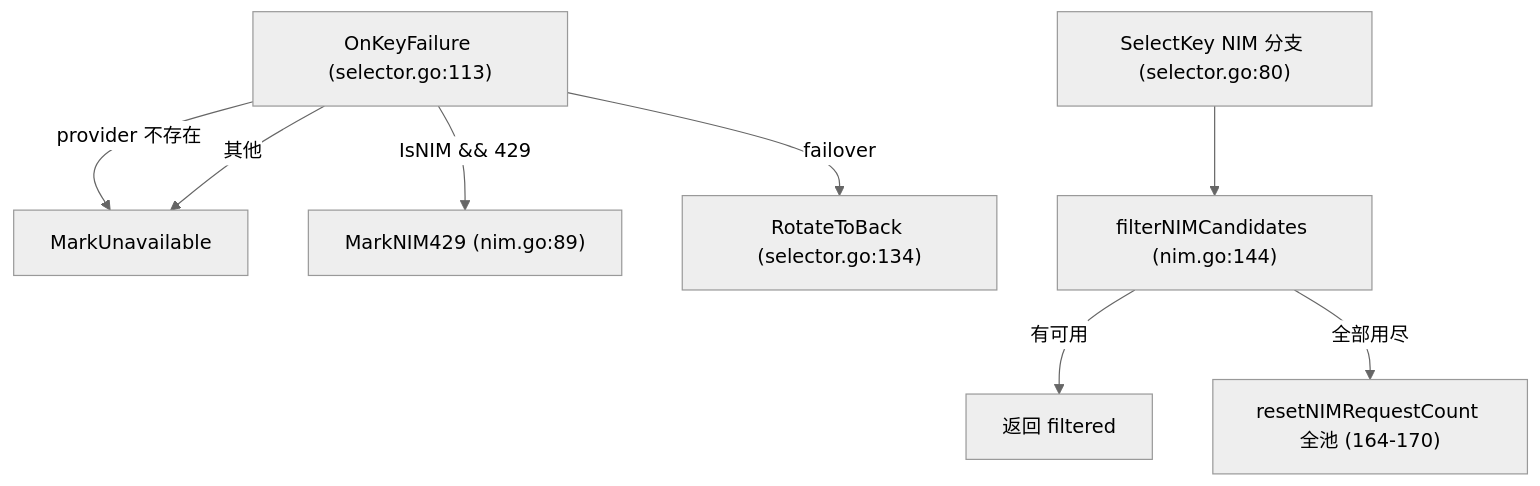
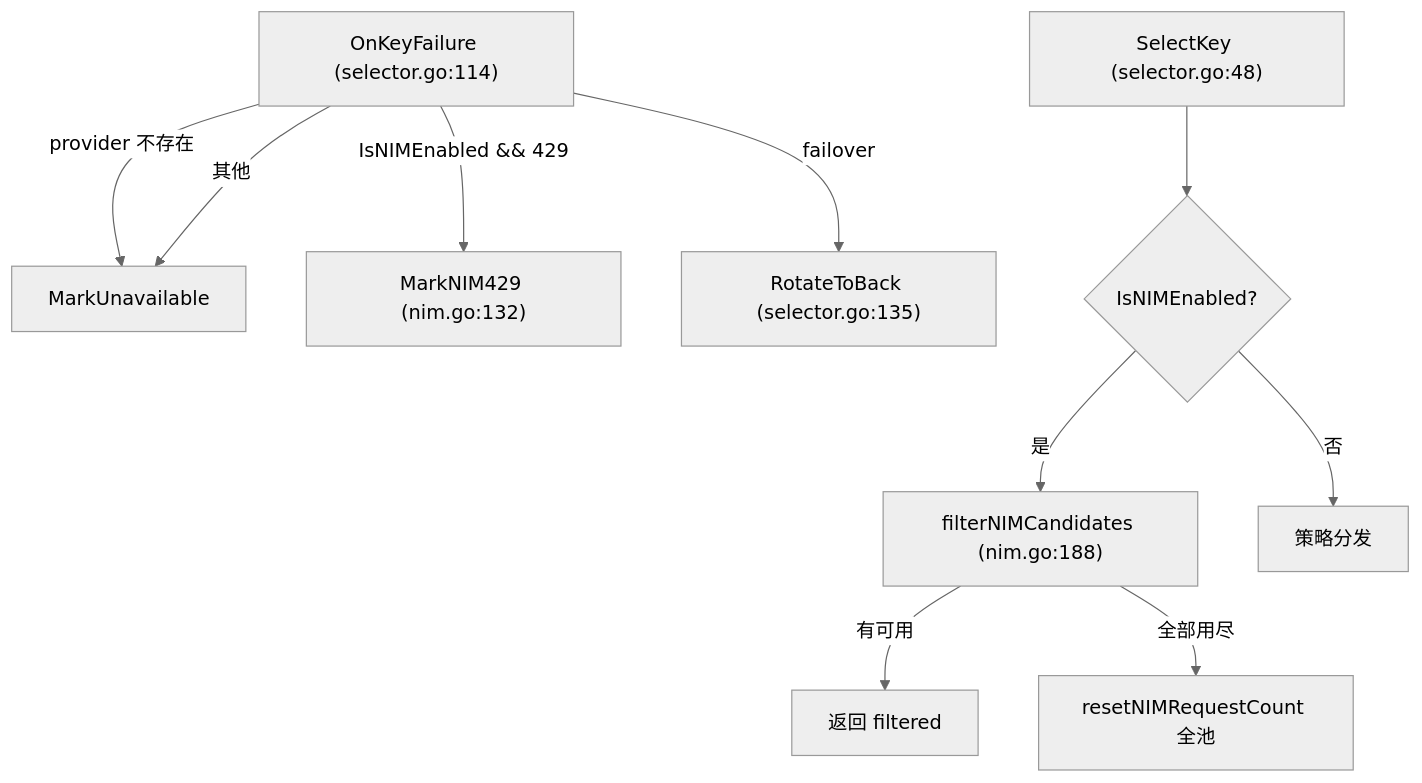
Before and after one commit to Darkstarrd-dev/tinyrouter: the fourth of 4 diagrams in docs/rotation-architecture.md, drawn with Mermaid (neutral theme). The commit also changed other lines of this file and 23 other files, not shown here.

First line of the commit message:
feat(models): per-model alias, note, Quota(NIM) override + provider detail UI restructure

````diff
--- a/docs/rotation-architecture.md
+++ b/docs/rotation-architecture.md
@@ -333,10 +336,12 @@
 ```mermaid
 flowchart TD
-    OF["OnKeyFailure (selector.go:113)"] -->|"provider 不存在"| MA["MarkUnavailable"]
-    OF -->|"IsNIM && 429"| N429["MarkNIM429 (nim.go:89)"]
-    OF -->|"failover"| RB["RotateToBack (selector.go:134)"]
+    OF["OnKeyFailure (selector.go:114)"] -->|"provider 不存在"| MA["MarkUnavailable"]
+    OF -->|"IsNIMEnabled && 429"| N429["MarkNIM429 (nim.go:132)"]
+    OF -->|"failover"| RB["RotateToBack (selector.go:135)"]
     OF -->|"其他"| MA
-    SK["SelectKey NIM 分支 (selector.go:80)"] --> FN["filterNIMCandidates (nim.go:144)"]
+    SK["SelectKey (selector.go:48)"] --> ISNIM{"IsNIMEnabled?"}
+    ISNIM -->|"是"| FN["filterNIMCandidates (nim.go:188)"]
+    ISNIM -->|"否"| ST["策略分发"]
     FN -->|"有可用"| F1["返回 filtered"]
-    FN -->|"全部用尽"| F2["resetNIMRequestCount 全池 (164-170)"]
+    FN -->|"全部用尽"| F2["resetNIMRequestCount 全池"]
 ```
````
